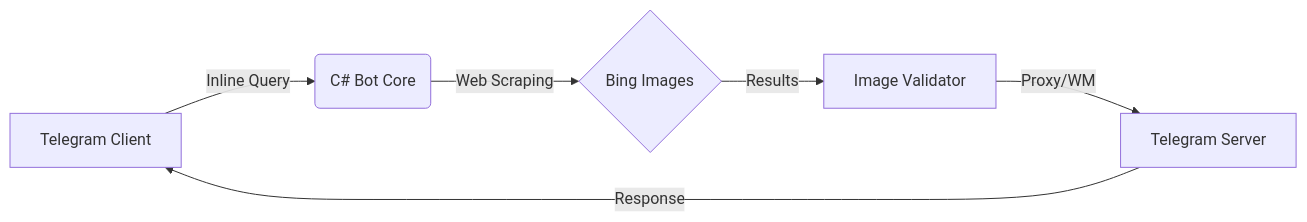
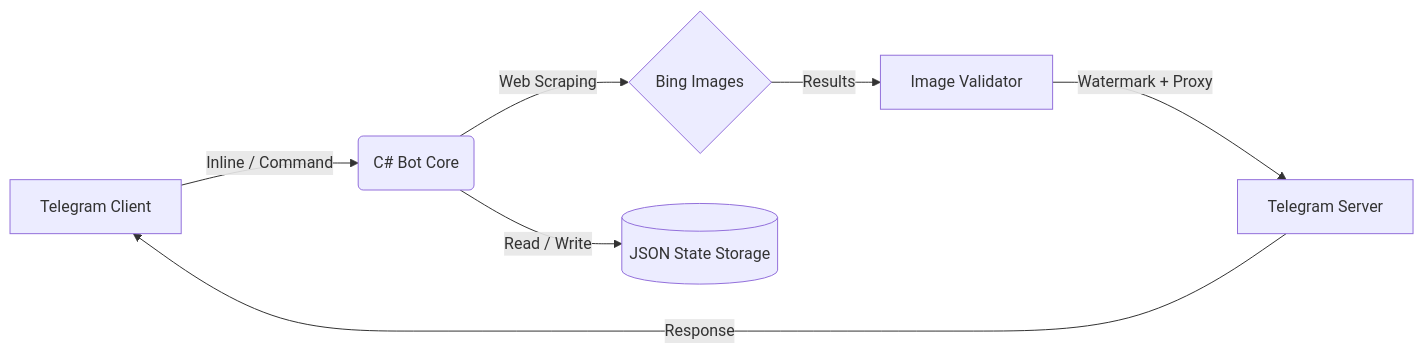
One commit to merfiDEV/Telegram-Bot-picture-uncensored changed the diagram in README.md. Above: the diagram before and after it, drawn with Mermaid. The commit also changed other lines of this file and 3 other files, not shown here.

````diff
--- a/README.md
+++ b/README.md
@@ -39,8 +83,9 @@
 ```mermaid
 graph LR
-    A[Telegram Client] -- Inline Query --> B(C# Bot Core)
+    A[Telegram Client] -- Inline / Command --> B(C# Bot Core)
     B -- Web Scraping --> C{Bing Images}
     C -- Results --> D[Image Validator]
-    D -- Proxy/WM --> E[Telegram Server]
+    D -- Watermark + Proxy --> E[Telegram Server]
     E -- Response --> A
+    B -- Read / Write --> F[(JSON State Storage)]
 ```
````
